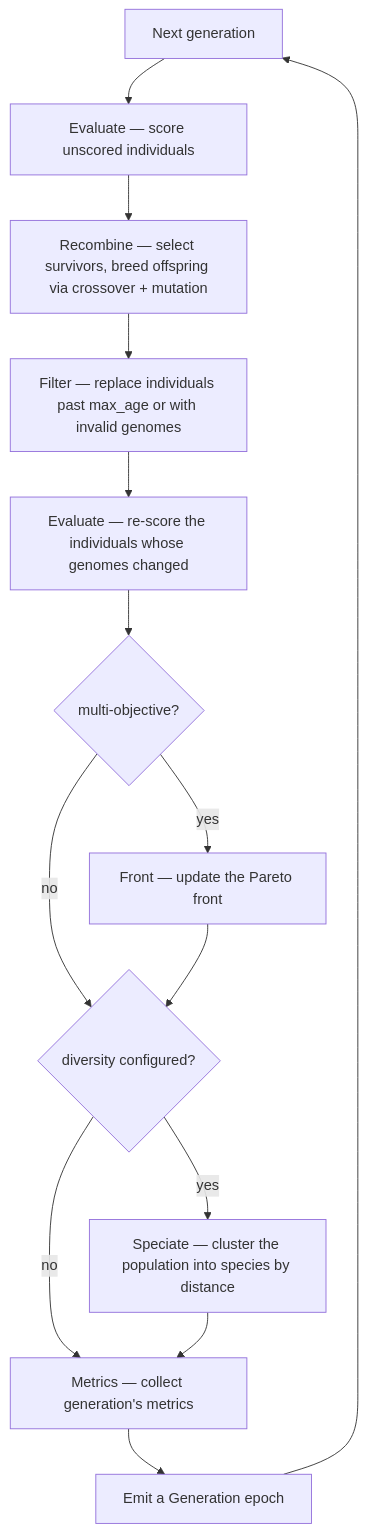
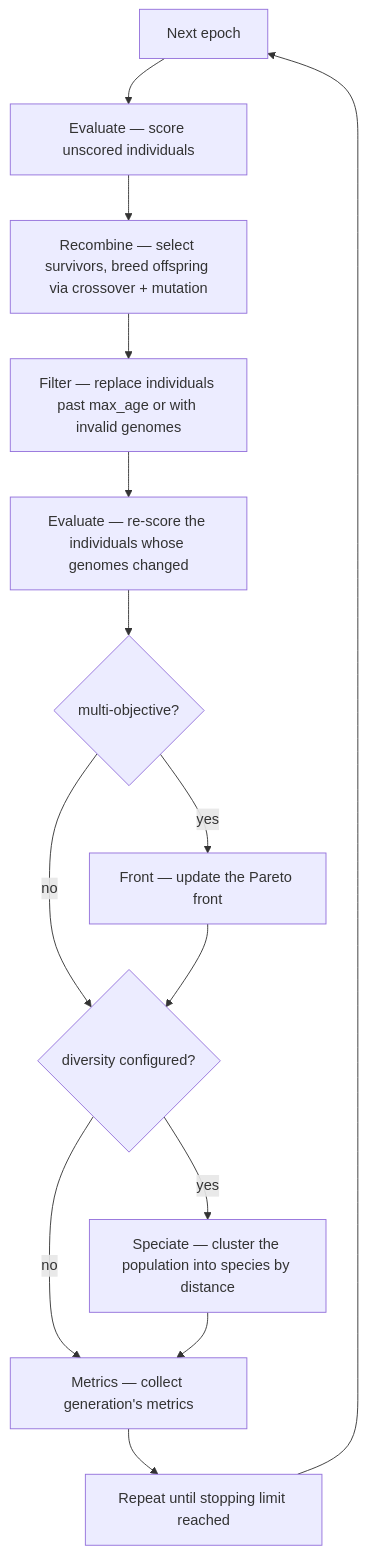
Before and after one commit to pkalivas/radiate: the diagram in docs/source/engine/index.md, drawn with Mermaid. The commit also changed other lines of this file and 7 other files, not shown here.

````diff
--- a/docs/source/engine/index.md
+++ b/docs/source/engine/index.md
@@ -46,16 +46,16 @@
 ```mermaid
 flowchart TD
-    S[Next generation] --> E1[Evaluate — score unscored individuals]
+    S[Next epoch] --> E1[Evaluate — score unscored individuals]
     E1 --> R[Recombine — select survivors, breed offspring via crossover + mutation]
     R --> F[Filter — replace individuals past max_age or with invalid genomes]
     F --> E2[Evaluate — re-score the individuals whose genomes changed]
     E2 --> MO{multi-objective?}
     MO -->|yes| FR[Front — update the Pareto front]
     MO -->|no| DV{diversity configured?}
     FR --> DV
     DV -->|yes| SP[Speciate — cluster the population into species by distance]
     DV -->|no| AU[Metrics — collect generation's metrics]
     SP --> AU
-    AU --> G[Emit a Generation epoch]
+    AU --> G[Repeat until stopping limit reached]
     G --> S
 ```
````
